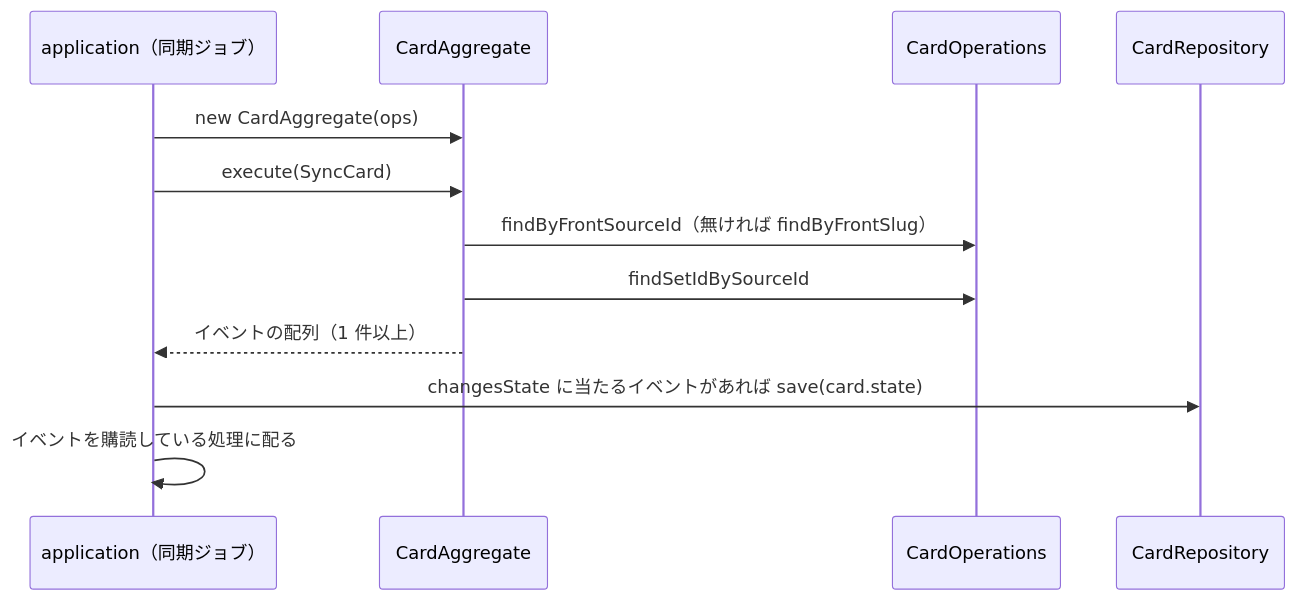
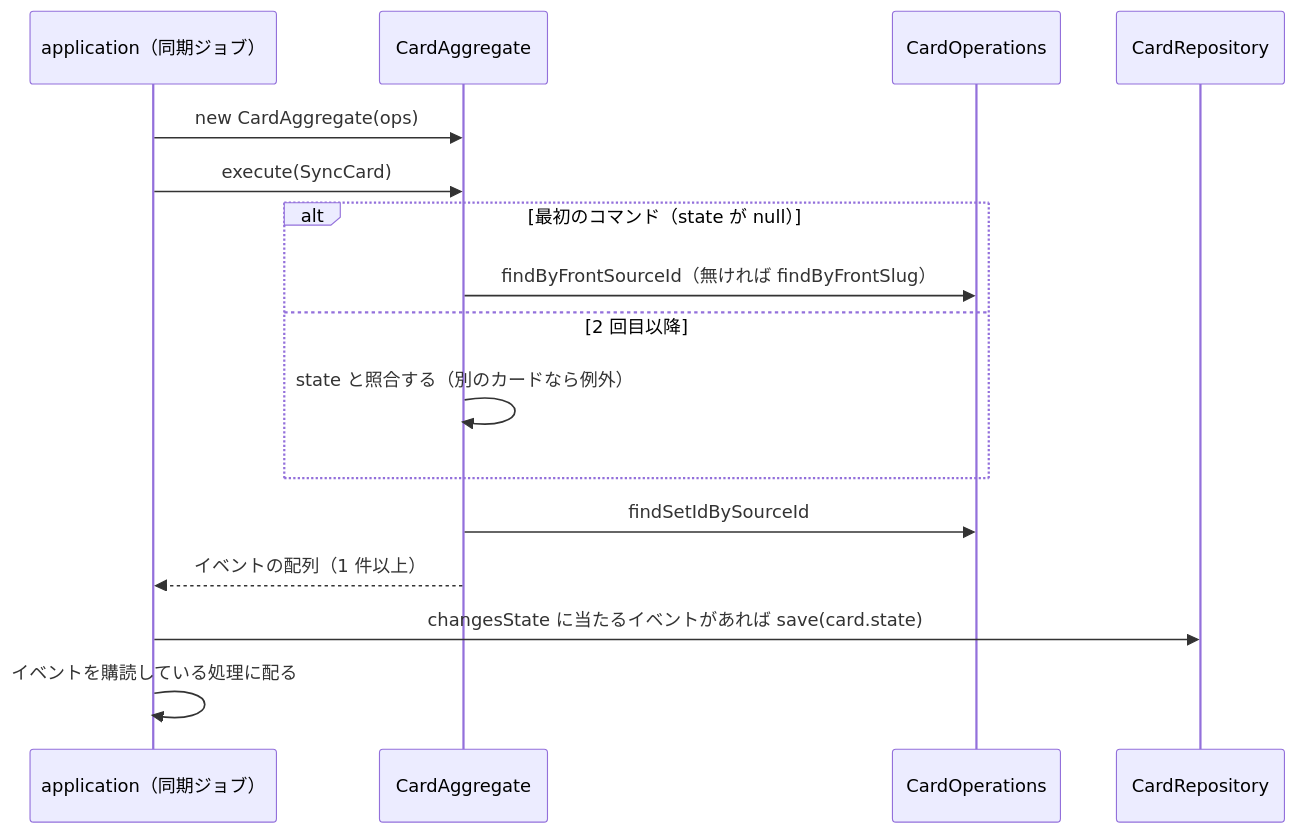
The diagram in backend/docs/card-aggregate.md (Luna-rab/taleweaver), drawn with Mermaid before and after one commit. The commit also changed other lines of this file and 18 other files, not shown here.

````diff
--- a/backend/docs/card-aggregate.md
+++ b/backend/docs/card-aggregate.md
@@ -24,14 +25,18 @@
 ```mermaid
 sequenceDiagram
   participant Job as application（同期ジョブ）
   participant Card as CardAggregate
   participant Ops as CardOperations
   participant Repo as CardRepository
   Job->>Card: new CardAggregate(ops)
   Job->>Card: execute(SyncCard)
-  Card->>Ops: findByFrontSourceId（無ければ findByFrontSlug）
+  alt 最初のコマンド（state が null）
+    Card->>Ops: findByFrontSourceId（無ければ findByFrontSlug）
+  else 2 回目以降
+    Card->>Card: state と照合する（別のカードなら例外）
+  end
   Card->>Ops: findSetIdBySourceId
   Card-->>Job: イベントの配列（1 件以上）
   Job->>Repo: changesState に当たるイベントがあれば save(card.state)
   Job->>Job: イベントを購読している処理に配る
 ```
````
